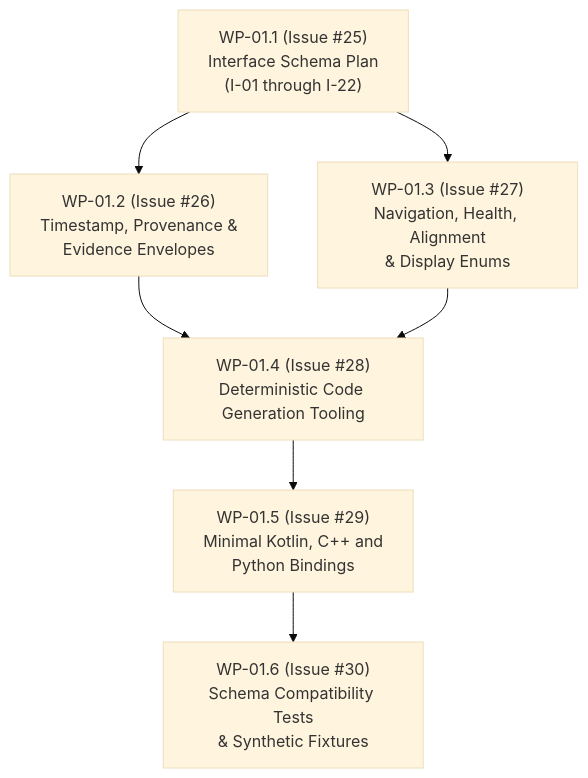
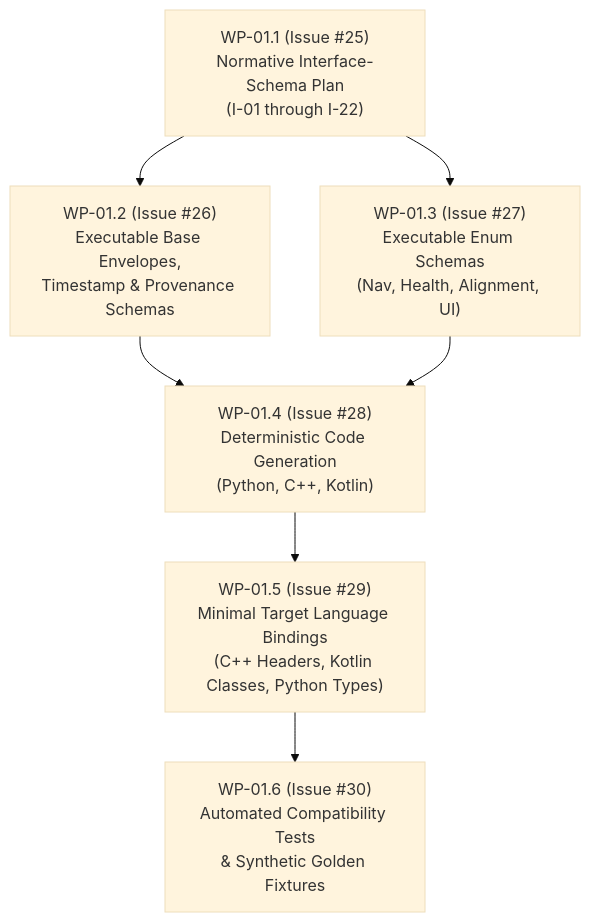
Before and after one commit to FaisalTabrez/SIH26168-intelligent-dead-reckoning: the diagram in contracts/INTERFACE_SCHEMA_PLAN.md, drawn with Mermaid (base theme). The commit also changed other lines of this file, not shown here.

Commit message:
docs(contracts): clarify normative plan scope, explicit per-interface specs, evolution policy and validation rules (relates to #2)

````diff
--- a/contracts/INTERFACE_SCHEMA_PLAN.md
+++ b/contracts/INTERFACE_SCHEMA_PLAN.md
@@ -101,9 +475,9 @@
 ```mermaid
 flowchart TD
-    WP01_1["WP-01.1 (Issue #25)<br>Interface Schema Plan<br>(I-01 through I-22)"] --> WP01_2["WP-01.2 (Issue #26)<br>Timestamp, Provenance &<br>Evidence Envelopes"]
-    WP01_1 --> WP01_3["WP-01.3 (Issue #27)<br>Navigation, Health, Alignment<br>& Display Enums"]
-    WP01_2 --> WP01_4["WP-01.4 (Issue #28)<br>Deterministic Code Generation Tooling"]
+    WP01_1["WP-01.1 (Issue #25)<br>Normative Interface-Schema Plan<br>(I-01 through I-22)"] --> WP01_2["WP-01.2 (Issue #26)<br>Executable Base Envelopes,<br>Timestamp & Provenance Schemas"]
+    WP01_1 --> WP01_3["WP-01.3 (Issue #27)<br>Executable Enum Schemas<br>(Nav, Health, Alignment, UI)"]
+    WP01_2 --> WP01_4["WP-01.4 (Issue #28)<br>Deterministic Code Generation<br>(Python, C++, Kotlin)"]
     WP01_3 --> WP01_4
-    WP01_4 --> WP01_5["WP-01.5 (Issue #29)<br>Minimal Kotlin, C++ and<br>Python Bindings"]
-    WP01_5 --> WP01_6["WP-01.6 (Issue #30)<br>Schema Compatibility Tests<br>& Synthetic Fixtures"]
+    WP01_4 --> WP01_5["WP-01.5 (Issue #29)<br>Minimal Target Language Bindings<br>(C++ Headers, Kotlin Classes, Python Types)"]
+    WP01_5 --> WP01_6["WP-01.6 (Issue #30)<br>Automated Compatibility Tests<br>& Synthetic Golden Fixtures"]
 ```
````
